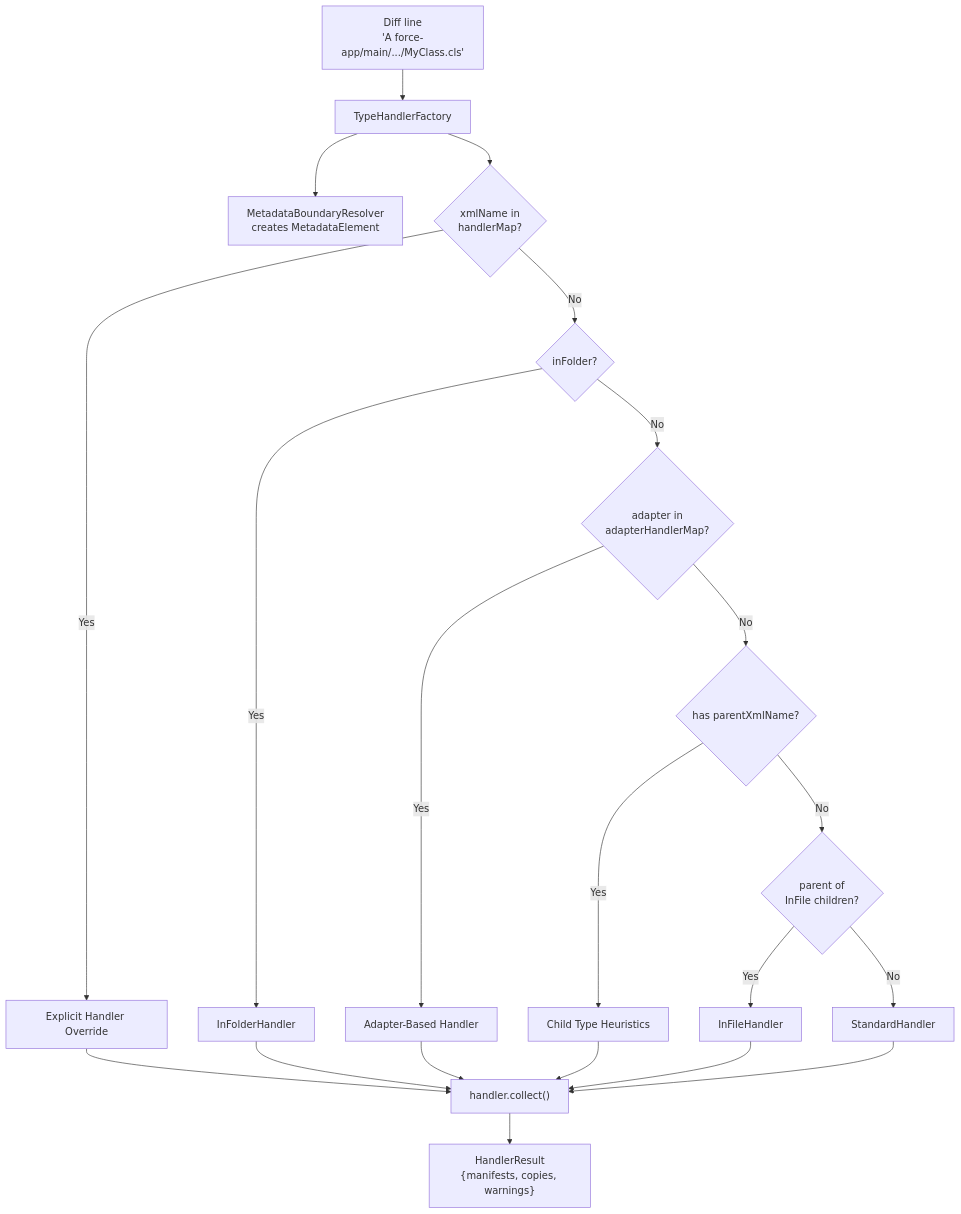
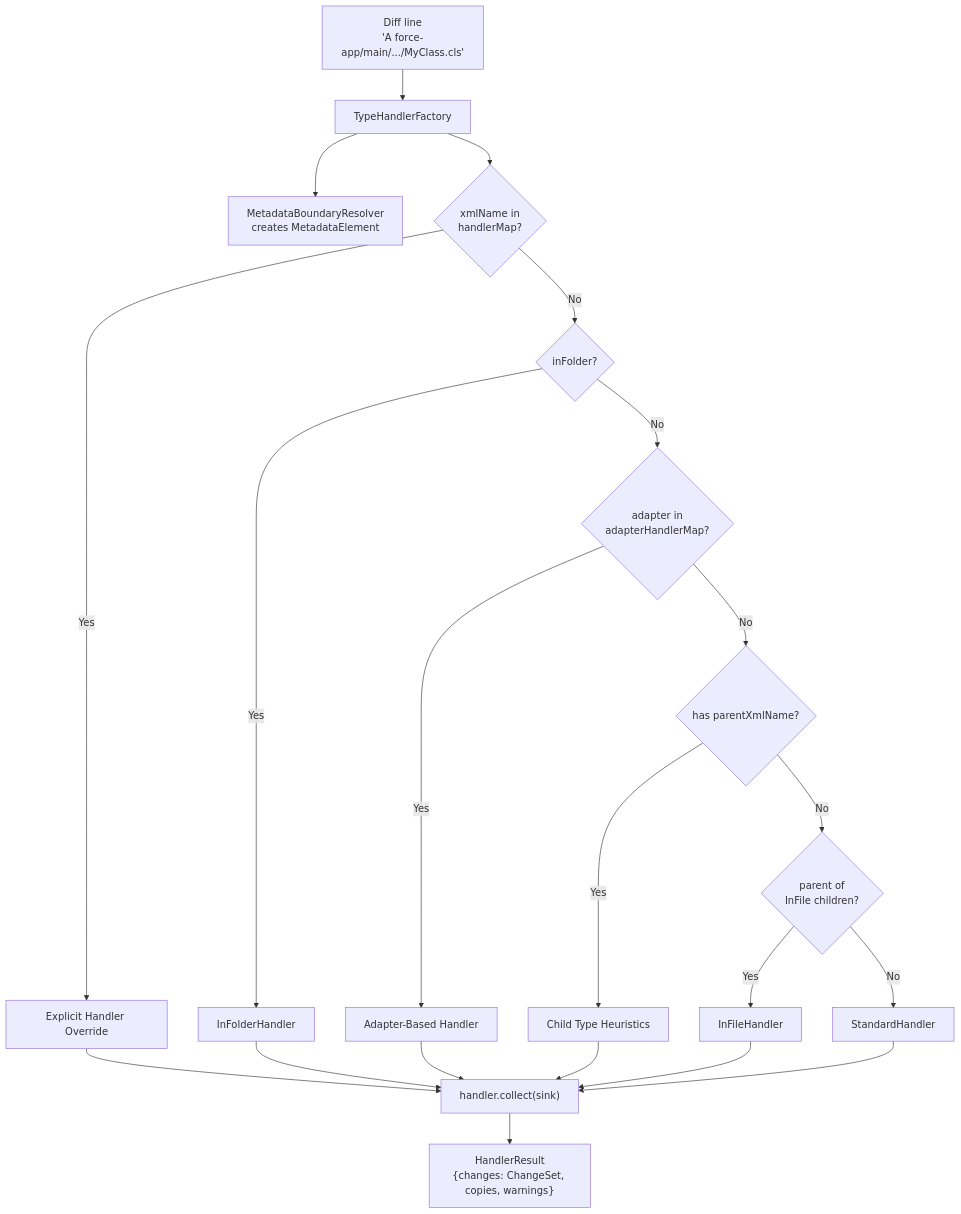
One commit to scolladon/sfdx-git-delta changed the third of 5 diagrams in DESIGN.md. Above: the diagram before and after it, drawn with Mermaid. The commit also changed other lines of this file and 151 other files, not shown here.

````diff
--- a/DESIGN.md
+++ b/DESIGN.md
@@ -123,23 +126,23 @@
 ```mermaid
 flowchart TD
     Line["Diff line<br/>'A force-app/main/.../MyClass.cls'"] --> TF["TypeHandlerFactory"]
     TF --> ME["MetadataBoundaryResolver<br/>creates MetadataElement"]
     TF --> T1{"xmlName in<br/>handlerMap?"}
     T1 -->|Yes| SH["Explicit Handler Override"]
     T1 -->|No| T2{"inFolder?"}
     T2 -->|Yes| IF["InFolderHandler"]
     T2 -->|No| T3{"adapter in<br/>adapterHandlerMap?"}
     T3 -->|Yes| AH["Adapter-Based Handler"]
     T3 -->|No| T4{"has parentXmlName?"}
     T4 -->|Yes| CH["Child Type Heuristics"]
     T4 -->|No| T5{"parent of<br/>InFile children?"}
     T5 -->|Yes| IFH["InFileHandler"]
     T5 -->|No| DH["StandardHandler"]
-    CH --> C["handler.collect()"]
+    CH --> C["handler.collect(sink)"]
     SH --> C
     IF --> C
     AH --> C
     IFH --> C
     DH --> C
-    C --> HR["HandlerResult<br/>{manifests, copies, warnings}"]
+    C --> HR["HandlerResult<br/>{changes: ChangeSet, copies, warnings}"]
 ```
````
